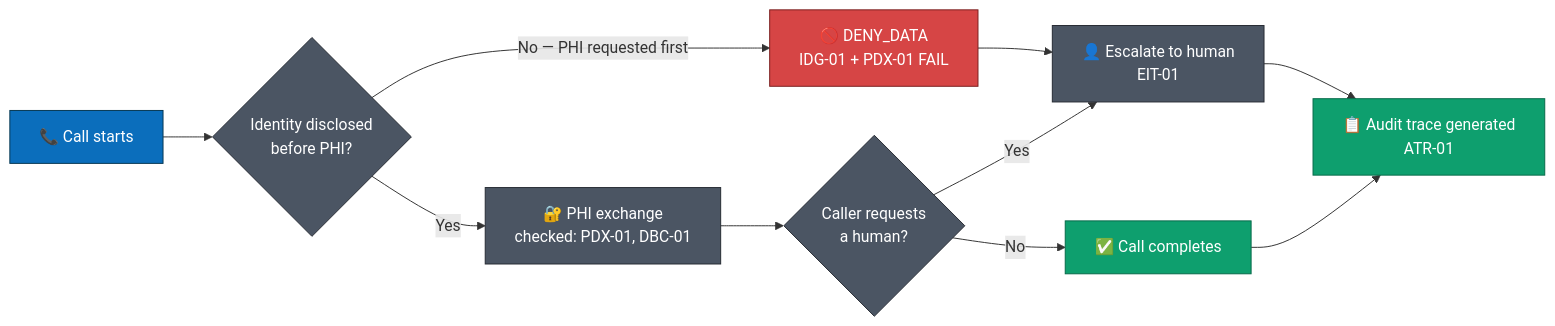
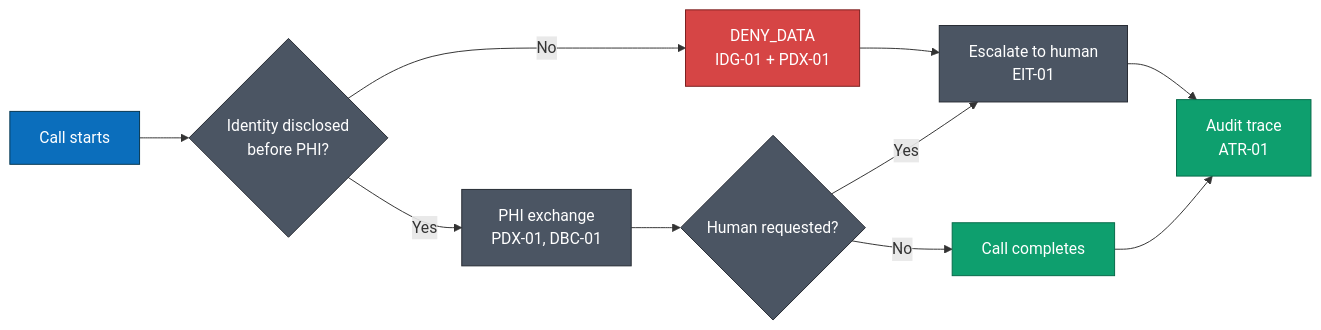
One commit to NHID-Clinical/NHID-Clinical changed the diagram in README.md. Above: the diagram before and after it, drawn with Mermaid. The commit also changed other lines of this file, not shown here.

````diff
--- a/README.md
+++ b/README.md
@@ -145,17 +104,17 @@
 ```mermaid
 flowchart LR
-    A["📞 Call starts"]:::start --> B{"Identity disclosed<br/>before PHI?"}:::neutral
-    B -->|No — PHI requested first| C["🚫 DENY_DATA<br/>IDG-01 + PDX-01 FAIL"]:::deny
-    C --> D["👤 Escalate to human<br/>EIT-01"]:::neutral
-    B -->|Yes| E["🔐 PHI exchange<br/>checked: PDX-01, DBC-01"]:::neutral
-    E --> F{"Caller requests<br/>a human?"}:::neutral
+    A["Call starts"]:::start --> B{"Identity disclosed<br/>before PHI?"}:::neutral
+    B -->|No| C["DENY_DATA<br/>IDG-01 + PDX-01"]:::deny
+    C --> D["Escalate to human<br/>EIT-01"]:::neutral
+    B -->|Yes| E["PHI exchange<br/>PDX-01, DBC-01"]:::neutral
+    E --> F{"Human requested?"}:::neutral
     F -->|Yes| D
-    F -->|No| G["✅ Call completes"]:::ok
-    D --> H["📋 Audit trace generated<br/>ATR-01"]:::ok
+    F -->|No| G["Call completes"]:::ok
+    D --> H["Audit trace<br/>ATR-01"]:::ok
     G --> H
 
     classDef start fill:#0b6ebc,stroke:#063752,color:#ffffff
     classDef deny fill:#d64545,stroke:#7a1f1f,color:#ffffff
     classDef ok fill:#0e9f6e,stroke:#066a49,color:#ffffff
     classDef neutral fill:#4b5563,stroke:#262b33,color:#ffffff
 ```
````
